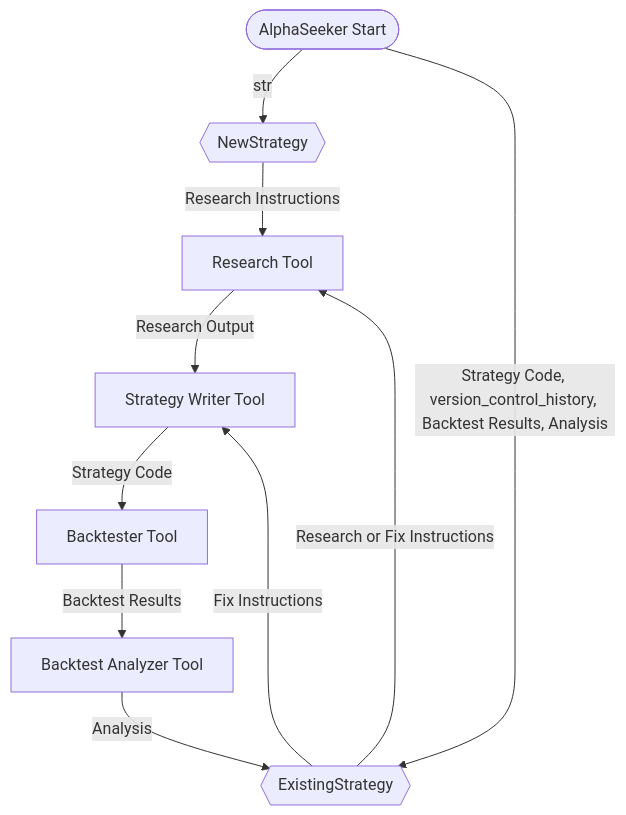
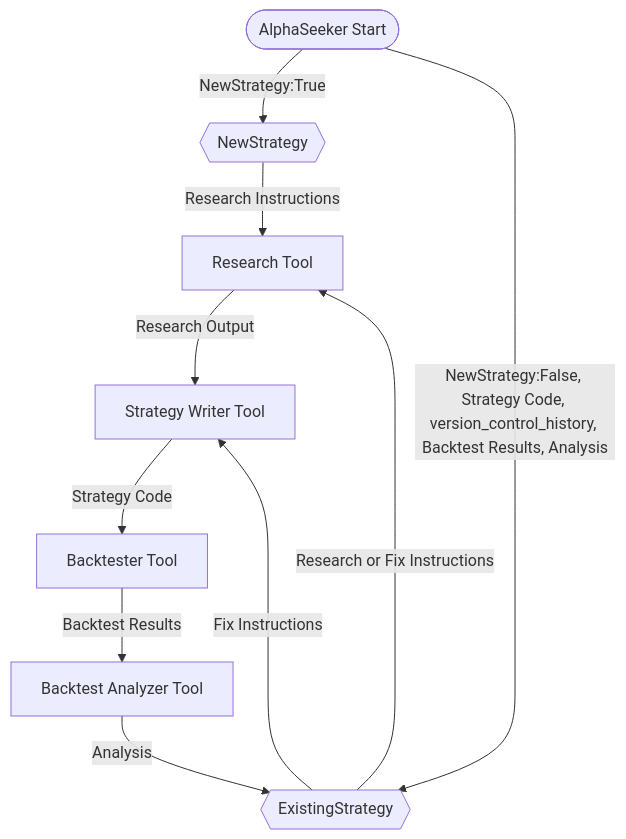
The diagram in AlphaSeeker_Workflow.md (vandanchopra/MathematricksQ), drawn with Mermaid before and after one commit. The commit also changed 3 other files, not shown here.

Commit message:
The AlphaSeeker structure is ready. now debugging and testing

````diff
--- a/AlphaSeeker_Workflow.md
+++ b/AlphaSeeker_Workflow.md
@@ -139,23 +139,23 @@
 ```mermaid
 flowchart TD
     Start([AlphaSeeker Start])
     AlphaSeekerNew{{NewStrategy}}
     AlphaSeekerExist{{ExistingStrategy}}
 
     Research[Research Tool]
     Strategy[Strategy Writer Tool]
     Backtest[Backtester Tool]
     Analyze[Backtest Analyzer Tool]
 
-    Start -->|"str"| AlphaSeekerNew
-    Start -->|"Strategy Code, version_control_history, Backtest Results, Analysis"| AlphaSeekerExist
+    Start -->|"NewStrategy:True"| AlphaSeekerNew
+    Start -->|"NewStrategy:False, Strategy Code, version_control_history, Backtest Results, Analysis"| AlphaSeekerExist
 
     AlphaSeekerNew -->|Research Instructions| Research
     AlphaSeekerExist -->|Research or Fix Instructions| Research
     AlphaSeekerExist -->|Fix Instructions| Strategy
 
     Research -->|Research Output| Strategy
     Strategy -->|Strategy Code| Backtest
     Backtest -->|Backtest Results| Analyze
     Analyze -->|Analysis| AlphaSeekerExist
 ```
````
